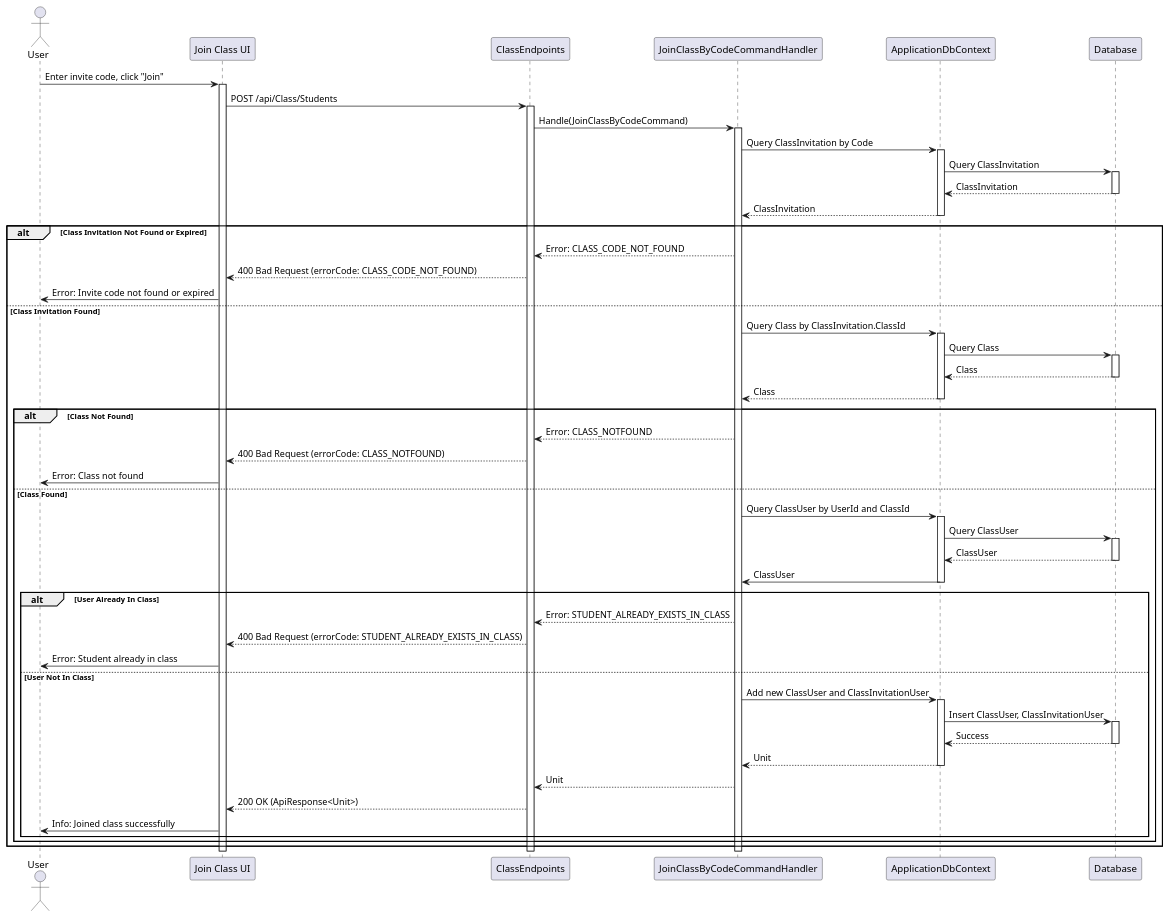
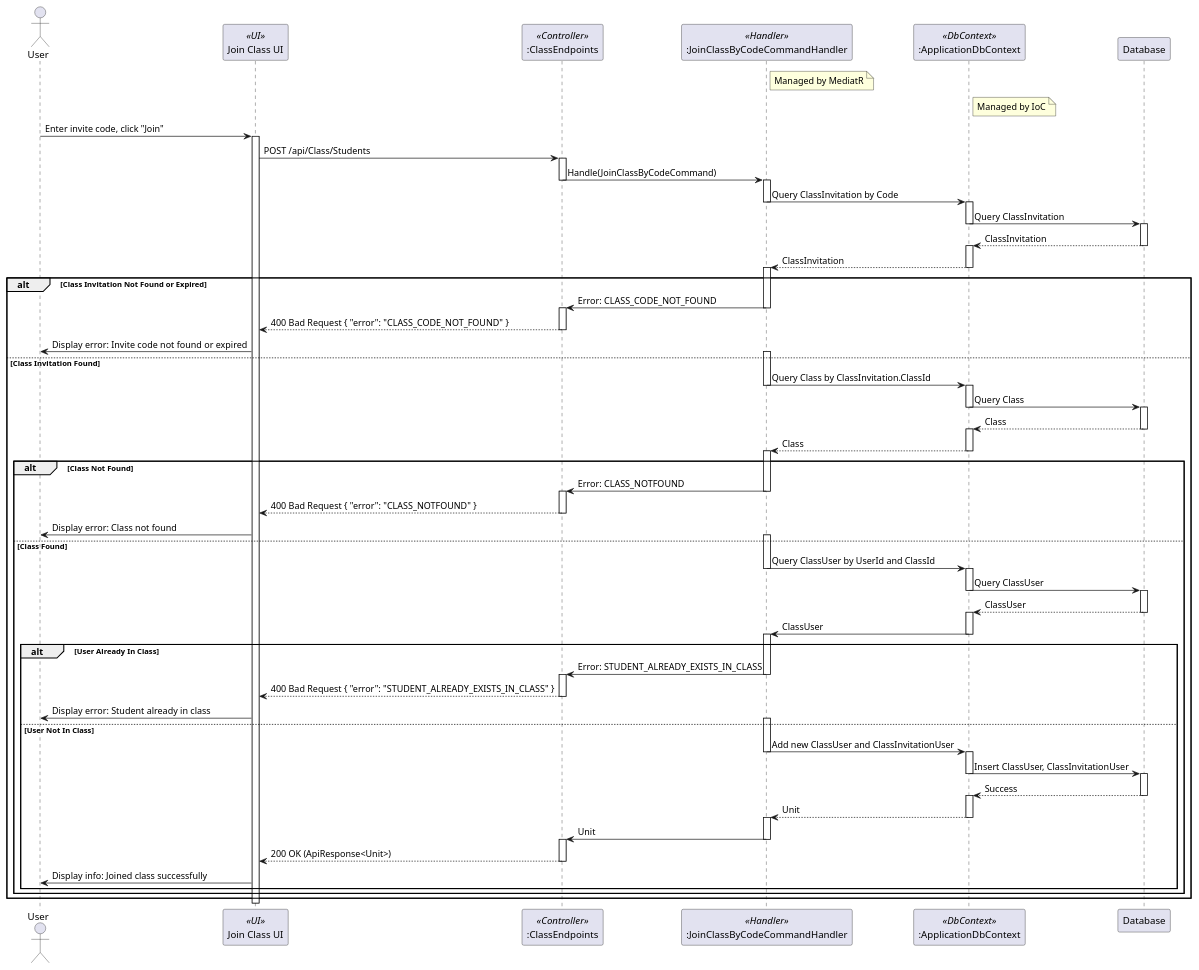
Before and after one commit to thanhkhac/SEP_Diagram: the diagram in classes/Sequence/JoinClassByCodeCommand.puml, drawn with PlantUML. The commit also changed 30 other files, not shown here.

Commit message:
Enhance sequence diagrams with detailed flow and roles

```diff
--- a/classes/Sequence/JoinClassByCodeCommand.puml
+++ b/classes/Sequence/JoinClassByCodeCommand.puml
@@ -1,71 +1,110 @@
 @startuml
 actor User
-participant "Join Class UI" as UI
-participant ClassEndpoints
-participant JoinClassByCodeCommandHandler as Handler
-participant ApplicationDbContext
+participant "Join Class UI" as UI <<UI>>
+participant ":ClassEndpoints" as ClassEndpoints <<Controller>>
+participant ":JoinClassByCodeCommandHandler" as JoinClassByCodeCommandHandler <<Handler>>
+participant ":ApplicationDbContext" as ApplicationDbContext <<DbContext>>
 participant Database
+
+note right of JoinClassByCodeCommandHandler
+  Managed by MediatR
+end note
+
+note right of ApplicationDbContext
+  Managed by IoC
+end note
 
 User -> UI : Enter invite code, click "Join"
 activate UI
 UI -> ClassEndpoints : POST /api/Class/Students
 activate ClassEndpoints
-ClassEndpoints -> Handler : Handle(JoinClassByCodeCommand)
-activate Handler
-Handler -> ApplicationDbContext : Query ClassInvitation by Code
+ClassEndpoints -> JoinClassByCodeCommandHandler : Handle(JoinClassByCodeCommand)
+deactivate ClassEndpoints
+activate JoinClassByCodeCommandHandler
+JoinClassByCodeCommandHandler -> ApplicationDbContext : Query ClassInvitation by Code
+deactivate JoinClassByCodeCommandHandler
 activate ApplicationDbContext
 ApplicationDbContext -> Database : Query ClassInvitation
+deactivate ApplicationDbContext
 activate Database
 Database --> ApplicationDbContext : ClassInvitation
 deactivate Database
-ApplicationDbContext --> Handler : ClassInvitation
+activate ApplicationDbContext
+ApplicationDbContext --> JoinClassByCodeCommandHandler : ClassInvitation
 deactivate ApplicationDbContext
+activate JoinClassByCodeCommandHandler
 alt Class Invitation Not Found or Expired
-    Handler --> ClassEndpoints : Error: CLASS_CODE_NOT_FOUND
-    ClassEndpoints --> UI : 400 Bad Request (errorCode: CLASS_CODE_NOT_FOUND)
-    UI -> User : Error: Invite code not found or expired
+    JoinClassByCodeCommandHandler -> ClassEndpoints : Error: CLASS_CODE_NOT_FOUND
+    deactivate JoinClassByCodeCommandHandler
+    activate ClassEndpoints
+    ClassEndpoints --> UI : 400 Bad Request { "error": "CLASS_CODE_NOT_FOUND" }
+    deactivate ClassEndpoints
+    UI -> User : Display error: Invite code not found or expired
 else Class Invitation Found
-    Handler -> ApplicationDbContext : Query Class by ClassInvitation.ClassId
+    activate JoinClassByCodeCommandHandler
+    JoinClassByCodeCommandHandler -> ApplicationDbContext : Query Class by ClassInvitation.ClassId
+    deactivate JoinClassByCodeCommandHandler
     activate ApplicationDbContext
     ApplicationDbContext -> Database : Query Class
+    deactivate ApplicationDbContext
     activate Database
     Database --> ApplicationDbContext : Class
     deactivate Database
-    ApplicationDbContext --> Handler : Class
+    activate ApplicationDbContext
+    ApplicationDbContext --> JoinClassByCodeCommandHandler : Class
     deactivate ApplicationDbContext
+    activate JoinClassByCodeCommandHandler
     alt Class Not Found
-        Handler --> ClassEndpoints : Error: CLASS_NOTFOUND
-        ClassEndpoints --> UI : 400 Bad Request (errorCode: CLASS_NOTFOUND)
-        UI -> User : Error: Class not found
+        JoinClassByCodeCommandHandler -> ClassEndpoints : Error: CLASS_NOTFOUND
+        deactivate JoinClassByCodeCommandHandler
+        activate ClassEndpoints
+        ClassEndpoints --> UI : 400 Bad Request { "error": "CLASS_NOTFOUND" }
+        deactivate ClassEndpoints
+        UI -> User : Display error: Class not found
     else Class Found
-        Handler -> ApplicationDbContext : Query ClassUser by UserId and ClassId
+        activate JoinClassByCodeCommandHandler
+        JoinClassByCodeCommandHandler -> ApplicationDbContext : Query ClassUser by UserId and ClassId
+        deactivate JoinClassByCodeCommandHandler
         activate ApplicationDbContext
         ApplicationDbContext -> Database : Query ClassUser
+        deactivate ApplicationDbContext
         activate Database
         Database --> ApplicationDbContext : ClassUser
         deactivate Database
-        ApplicationDbContext -> Handler : ClassUser
+        activate ApplicationDbContext
+        ApplicationDbContext -> JoinClassByCodeCommandHandler : ClassUser
         deactivate ApplicationDbContext
+        activate JoinClassByCodeCommandHandler
         alt User Already In Class
-            Handler --> ClassEndpoints : Error: STUDENT_ALREADY_EXISTS_IN_CLASS
-            ClassEndpoints --> UI : 400 Bad Request (errorCode: STUDENT_ALREADY_EXISTS_IN_CLASS)
-            UI -> User : Error: Student already in class
+            JoinClassByCodeCommandHandler -> ClassEndpoints : Error: STUDENT_ALREADY_EXISTS_IN_CLASS
+            deactivate JoinClassByCodeCommandHandler
+            activate ClassEndpoints
+            ClassEndpoints --> UI : 400 Bad Request { "error": "STUDENT_ALREADY_EXISTS_IN_CLASS" }
+            deactivate ClassEndpoints
+            UI -> User : Display error: Student already in class
         else User Not In Class
-            Handler -> ApplicationDbContext : Add new ClassUser and ClassInvitationUser
+            activate JoinClassByCodeCommandHandler
+            JoinClassByCodeCommandHandler -> ApplicationDbContext : Add new ClassUser and ClassInvitationUser
+            deactivate JoinClassByCodeCommandHandler
             activate ApplicationDbContext
             ApplicationDbContext -> Database : Insert ClassUser, ClassInvitationUser
+            deactivate ApplicationDbContext
             activate Database
             Database --> ApplicationDbContext : Success
             deactivate Database
-            ApplicationDbContext --> Handler : Unit
+            activate ApplicationDbContext
+            ApplicationDbContext --> JoinClassByCodeCommandHandler : Unit
             deactivate ApplicationDbContext
-            Handler --> ClassEndpoints : Unit
+            activate JoinClassByCodeCommandHandler
+            JoinClassByCodeCommandHandler -> ClassEndpoints : Unit
+            deactivate JoinClassByCodeCommandHandler
+            activate ClassEndpoints
             ClassEndpoints --> UI : 200 OK (ApiResponse<Unit>)
-            UI -> User : Info: Joined class successfully
+            deactivate ClassEndpoints
+            UI -> User : Display info: Joined class successfully
         end
     end
 end
-deactivate Handler
-deactivate ClassEndpoints
 deactivate UI
+
 @enduml
```
